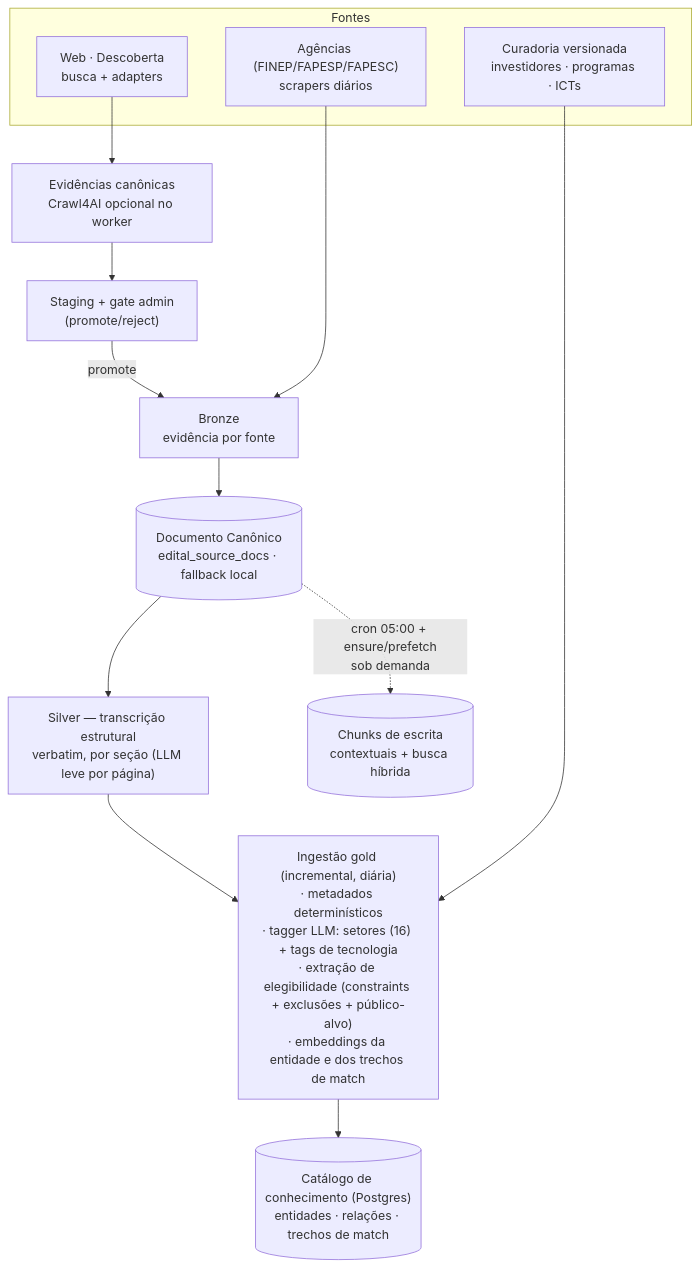
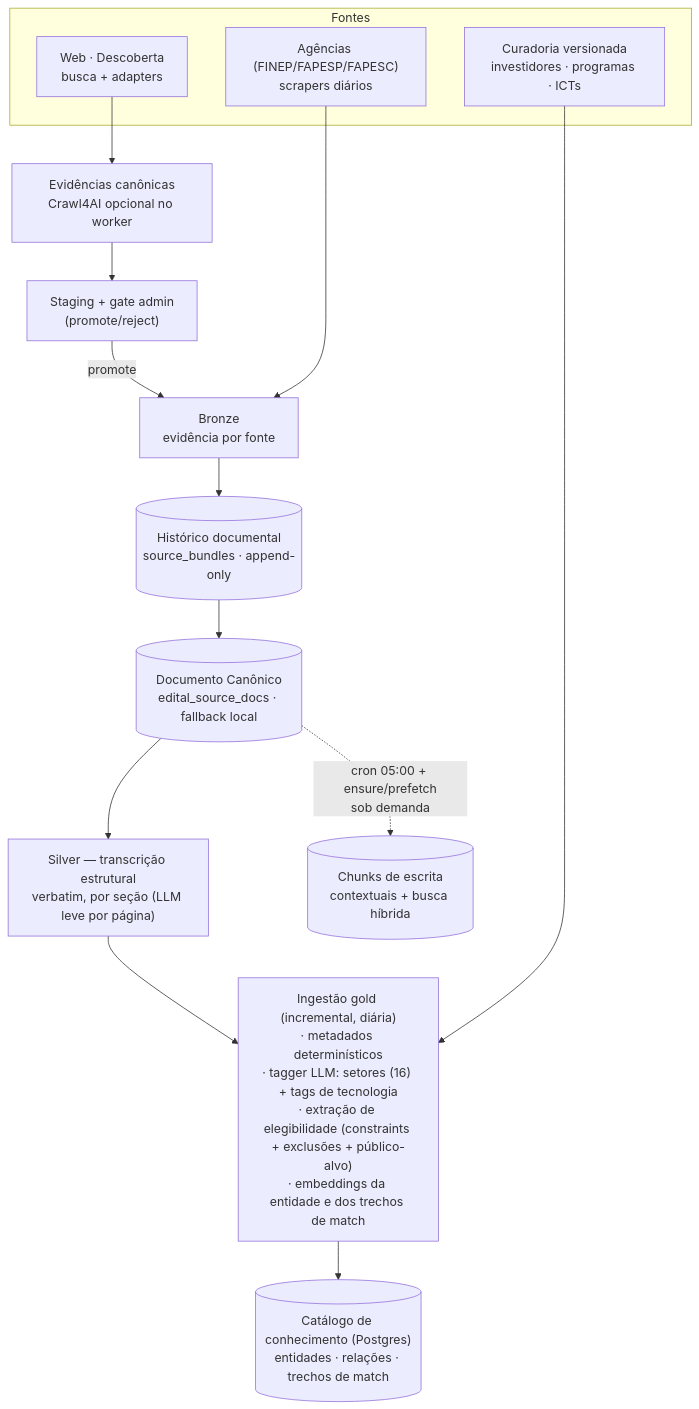
One commit to lucasborgs/radar_editais changed the second of 3 diagrams in docs/architecture.md. Above: the diagram before and after it, drawn with Mermaid. The commit also changed other lines of this file and 7 other files, not shown here.

Commit message:
docs(data-trust): close RT04 source bundles

````diff
--- a/docs/architecture.md
+++ b/docs/architecture.md
@@ -47,22 +47,23 @@
 ```mermaid
 flowchart TB
   subgraph FONTES["Fontes"]
     AG["Agências (FINEP/FAPESP/FAPESC)<br/>scrapers diários"]
     WEB["Web · Descoberta<br/>busca + adapters"]
     CUR["Curadoria versionada<br/>investidores · programas · ICTs"]
   end
 
   WEB --> EVID["Evidências canônicas<br/>Crawl4AI opcional no worker"]
   EVID --> GATE["Staging + gate admin<br/>(promote/reject)"]
   GATE -->|promote| BRONZE["Bronze<br/>evidência por fonte"]
   AG --> BRONZE
-  BRONZE --> CDOC[("Documento Canônico<br/>edital_source_docs · fallback local")]
+  BRONZE --> BUNDLE[("Histórico documental<br/>source_bundles · append-only")]
+  BUNDLE --> CDOC[("Documento Canônico<br/>edital_source_docs · fallback local")]
   CDOC --> SILVER["Silver — transcrição estrutural<br/>verbatim, por seção (LLM leve por página)"]
 
   SILVER --> INGEST["Ingestão gold (incremental, diária)<br/>· metadados determinísticos<br/>· tagger LLM: setores (16) + tags de tecnologia<br/>· extração de elegibilidade (constraints + exclusões + público-alvo)<br/>· embeddings da entidade e dos trechos de match"]
   CUR --> INGEST
 
   INGEST --> KG[("Catálogo de conhecimento (Postgres)<br/>entidades · relações · trechos de match")]
 
   CDOC -.->|"cron 05:00 + ensure/prefetch<br/>sob demanda"| RAGCHUNKS[("Chunks de escrita<br/>contextuais + busca híbrida")]
 ```
````
